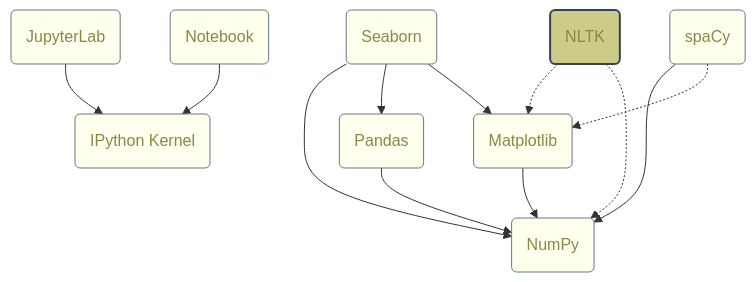
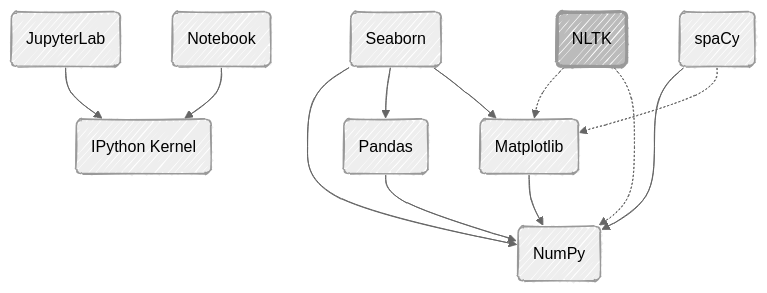
One commit to sfmunoz/nlp-playground changed the diagram in nltk/README.md. Above: the diagram before and after it, drawn with Mermaid. The commit also changed 4 other files, not shown here.

Commit message:
numpy,pandas,seaborn,nltk,spacy README.md: mermaid graphs adapted to handDrawn theme

````diff
--- a/nltk/README.md
+++ b/nltk/README.md
@@ -7,28 +7,32 @@
 ```mermaid
+---
+config:
+  look: handDrawn
+  theme: neutral
+---
 graph TD
     jupyterlab(JupyterLab)
     notebook(Notebook)
     ipykernel(IPython Kernel)
     numpy(NumPy)
     matplotlib(Matplotlib)
     pandas(Pandas)
     seaborn(Seaborn)
     nltk(NLTK)
     spacy(spaCy)
 
     jupyterlab --> ipykernel
     notebook --> ipykernel
     matplotlib --> numpy
     pandas --> numpy
     seaborn --> numpy
     seaborn --> pandas
     seaborn --> matplotlib
     nltk -.-> matplotlib
     nltk -.-> numpy
     spacy --> numpy
     spacy -.-> matplotlib
 
-    classDef default fill:#ffe,stroke:#678,stroke-width:1px,color:#884;
-    classDef highlight fill:#cc8,stroke:#345,stroke-width:2px
+    classDef highlight fill:#bbb,stroke-width:3px,color:#000
     class nltk highlight
 ```
````
